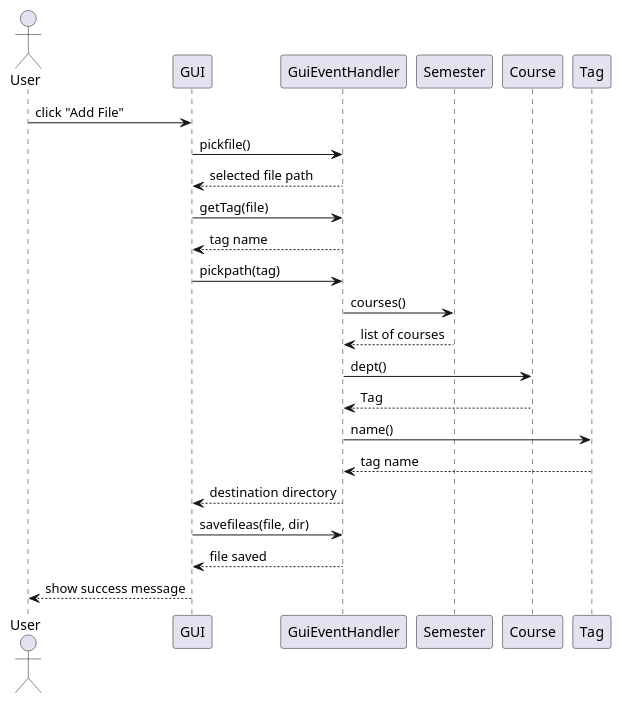
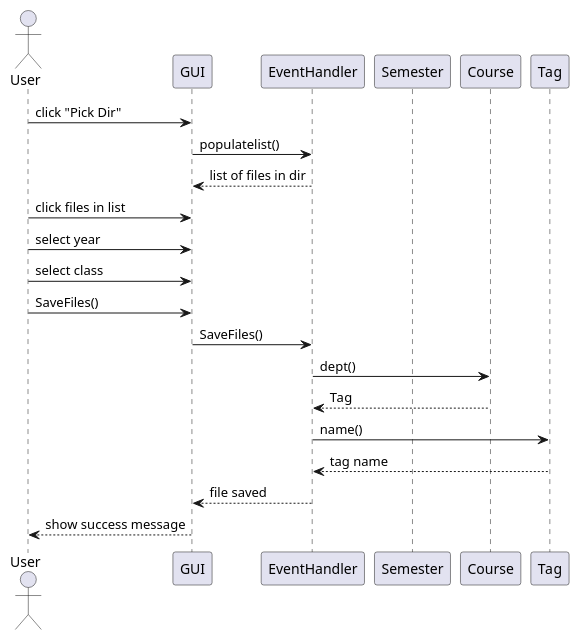
One commit to BandFrLife/fileSorter2026 changed the diagram in uml/sequence_diagram.plantuml. Above: the diagram before and after it, drawn with PlantUML. The commit also changed 3 other files, not shown here.

```diff
--- a/uml/sequence_diagram.plantuml
+++ b/uml/sequence_diagram.plantuml
@@ -1,29 +1,27 @@
 @startuml
 actor User
 participant GUI
-participant GuiEventHandler
+participant EventHandler
 participant Semester
 participant Course
 participant Tag
 
-User -> GUI : click "Add File"
-GUI -> GuiEventHandler : pickfile()
-GuiEventHandler --> GUI : selected file path
+User -> GUI : click "Pick Dir"
+GUI -> EventHandler : populatelist()
+EventHandler --> GUI : list of files in dir
 
-GUI -> GuiEventHandler : getTag(file)
-GuiEventHandler --> GUI : tag name
+User -> GUI : click files in list
+User -> GUI : select year
+User -> GUI : select class
+User -> GUI : SaveFiles()
 
-GUI -> GuiEventHandler : pickpath(tag)
-GuiEventHandler -> Semester : courses()
-Semester --> GuiEventHandler : list of courses
-GuiEventHandler -> Course : dept()
-Course --> GuiEventHandler : Tag
-GuiEventHandler -> Tag : name()
-Tag --> GuiEventHandler : tag name
-GuiEventHandler --> GUI : destination directory
+GUI -> EventHandler : SaveFiles()
+EventHandler -> Course : dept()
+Course --> EventHandler : Tag
+EventHandler -> Tag : name()
+Tag --> EventHandler : tag name
 
-GUI -> GuiEventHandler : savefileas(file, dir)
-GuiEventHandler --> GUI : file saved
+EventHandler --> GUI : file saved
 
 GUI --> User : show success message
 @enduml
```
